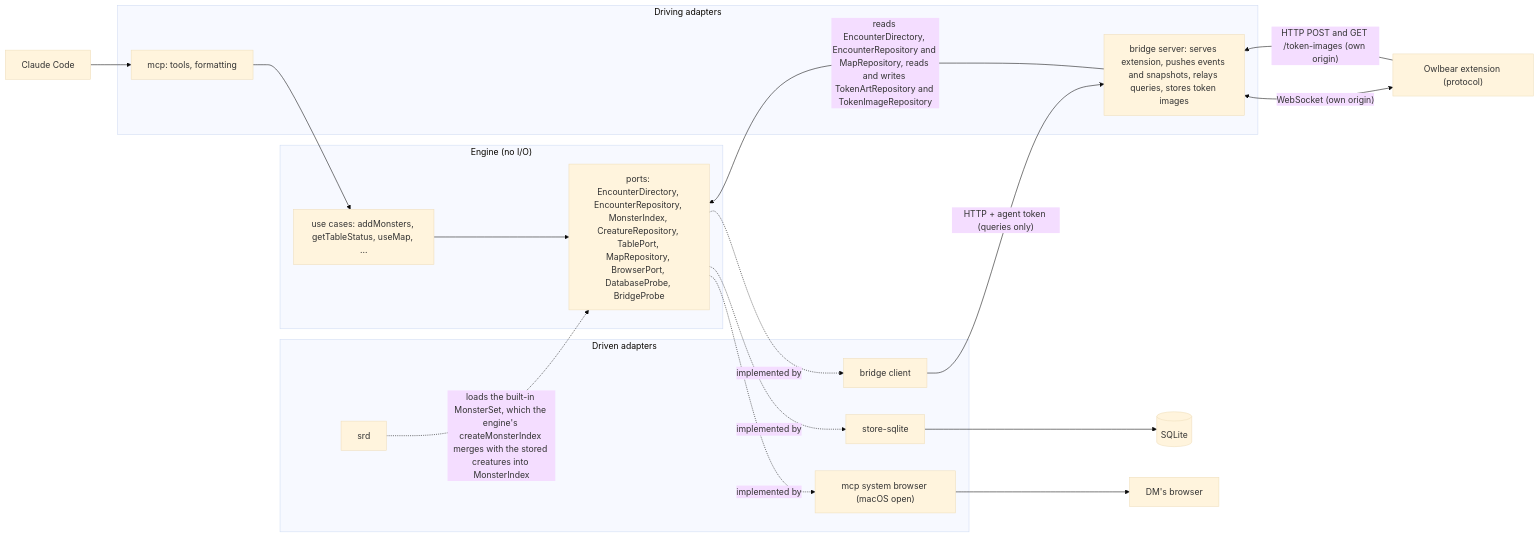
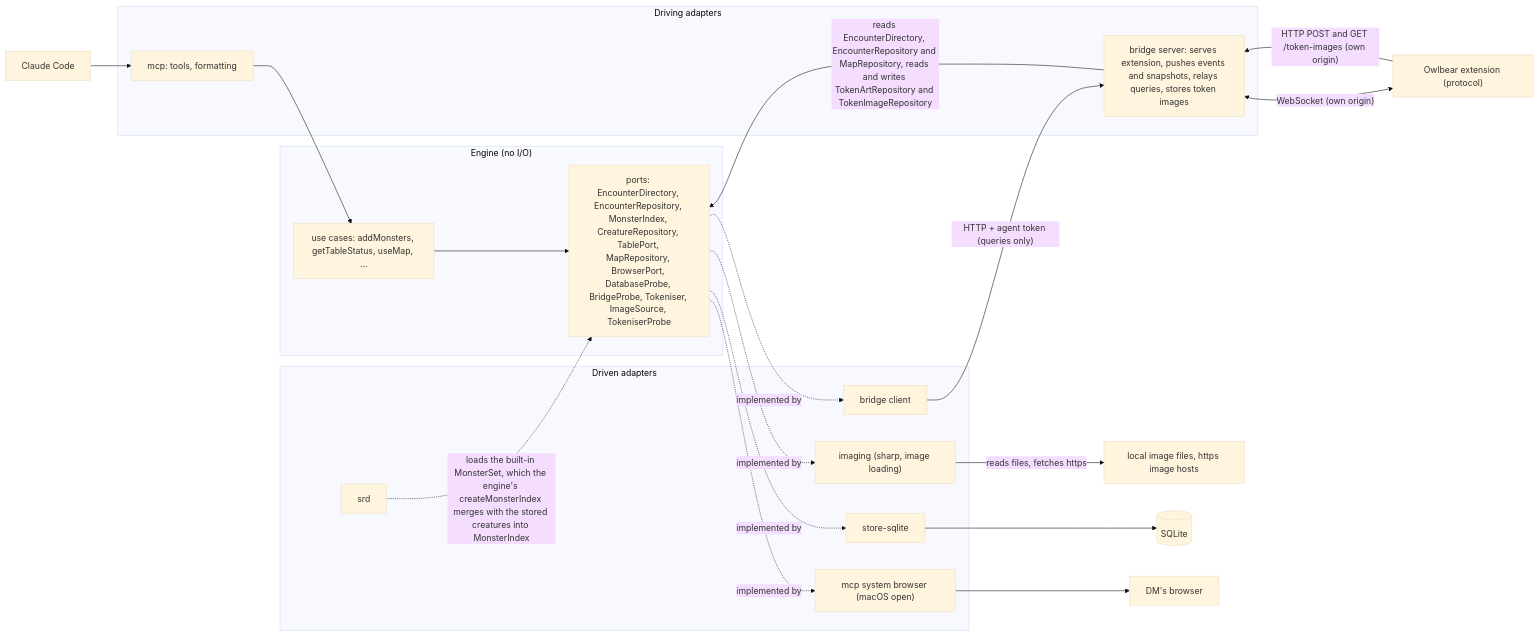
Before and after one commit to askrzypczak/ttrpg-agents: the first of 2 diagrams in docs/architecture.md, drawn with Mermaid (base theme). The commit also changed other lines of this file and 6 other files, not shown here.

Commit message:
docs: the imaging package, preview_token and the tokeniser setup row (#380)

````diff
--- a/docs/architecture.md
+++ b/docs/architecture.md
@@ -9,30 +9,33 @@
 ```mermaid
 flowchart LR
   claude["Claude Code"] --> mcp
   subgraph driving["Driving adapters"]
     mcp["mcp: tools, formatting"]
     bsrv["bridge server: serves extension, pushes events and snapshots, relays queries, stores token images"]
   end
   subgraph core["Engine (no I/O)"]
     uc["use cases: addMonsters, getTableStatus, useMap, ..."]
-    ports["ports: EncounterDirectory, EncounterRepository, MonsterIndex, CreatureRepository, TablePort, MapRepository, BrowserPort, DatabaseProbe, BridgeProbe"]
+    ports["ports: EncounterDirectory, EncounterRepository, MonsterIndex, CreatureRepository, TablePort, MapRepository, BrowserPort, DatabaseProbe, BridgeProbe, Tokeniser, ImageSource, TokeniserProbe"]
   end
   subgraph driven["Driven adapters"]
     store["store-sqlite"]
     srd["srd"]
     bclient["bridge client"]
     sysbrowser["mcp system browser (macOS open)"]
+    imaging["imaging (sharp, image loading)"]
   end
   mcp --> uc
   bsrv -->|"reads EncounterDirectory, EncounterRepository and MapRepository, reads and writes TokenArtRepository and TokenImageRepository"| ports
   uc --> ports
   ports -.implemented by.-> store
   srd -.->|"loads the built-in MonsterSet, which the engine's createMonsterIndex merges with the stored creatures into MonsterIndex"| ports
   ports -.implemented by.-> bclient
   ports -.implemented by.-> sysbrowser
+  ports -.implemented by.-> imaging
+  imaging -->|"reads files, fetches https"| images["local image files, https image hosts"]
   store --> db[("SQLite")]
   bclient -->|"HTTP + agent token (queries only)"| bsrv
   sysbrowser --> browser["DM's browser"]
   bsrv <-->|"WebSocket (own origin)"| ext["Owlbear extension (protocol)"]
   ext -->|"HTTP POST and GET /token-images (own origin)"| bsrv
 ```
````
